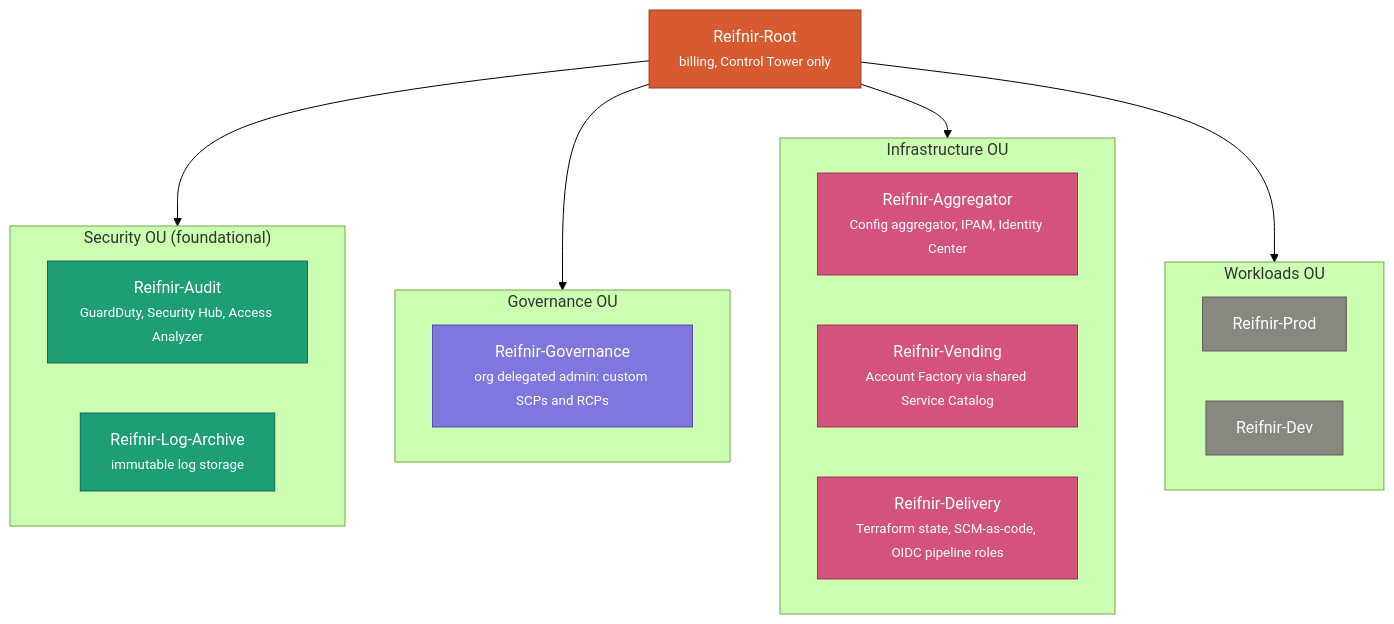
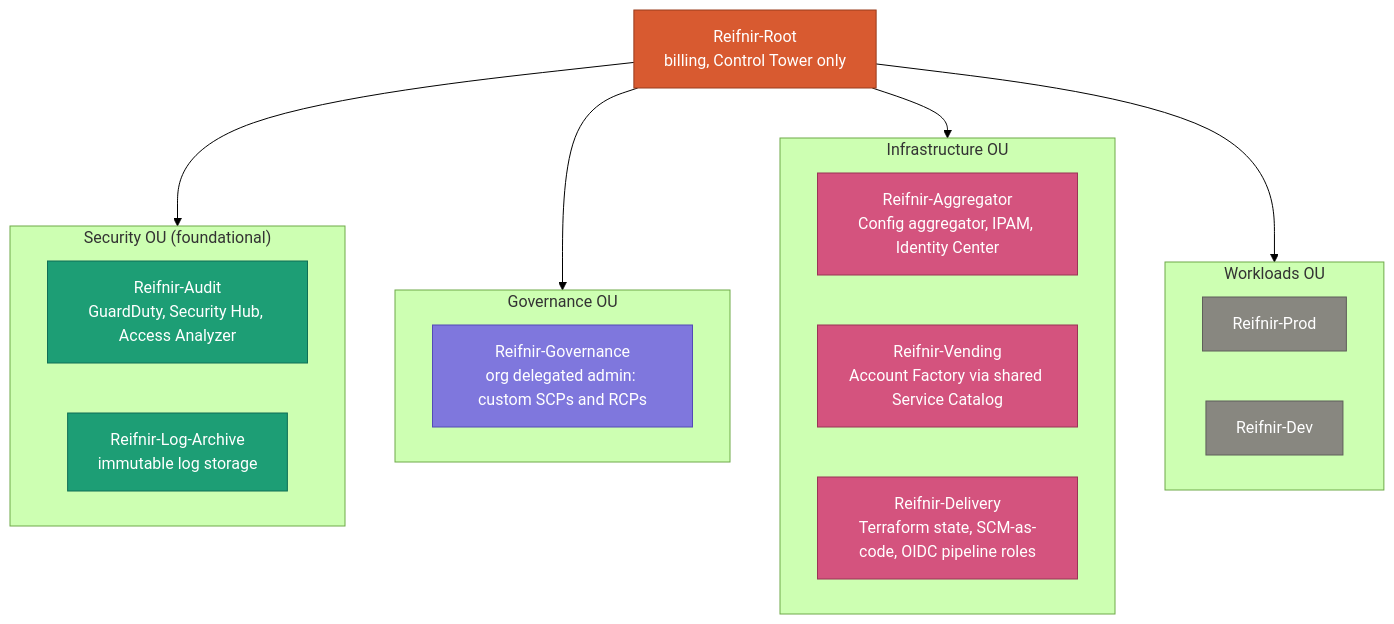
One commit to reifnir/iac-aws-organization-org-build-out changed the diagram in README.md. Above: the diagram before and after it, drawn with Mermaid (forest theme). The commit also changed other lines of this file, not shown here.

Commit message:
see if this fixes image on github

````diff
--- a/README.md
+++ b/README.md
@@ -19,41 +21,41 @@
 ```mermaid
 flowchart TD
-    Root["Reifnir-Root<br/><small>billing, Control Tower only</small>"]
+    Root["Reifnir-Root<br/>billing, Control Tower only"]
 
     subgraph SecOU["Security OU (foundational)"]
-        Audit["Reifnir-Audit<br/><small>GuardDuty, Security Hub, Access Analyzer</small>"]
-        LogArchive["Reifnir-Log-Archive<br/><small>immutable log storage</small>"]
+        Audit["Reifnir-Audit<br/>GuardDuty, Security Hub, Access Analyzer"]
+        LogArchive["Reifnir-Log-Archive<br/>immutable log storage"]
     end
 
     subgraph GovOU["Governance OU"]
-        Governance["Reifnir-Governance<br/><small>org delegated admin: custom SCPs and RCPs</small>"]
+        Governance["Reifnir-Governance<br/>org delegated admin: custom SCPs and RCPs"]
     end
 
     subgraph InfraOU["Infrastructure OU"]
-        Aggregator["Reifnir-Aggregator<br/><small>Config aggregator, IPAM, Identity Center</small>"]
-        Vending["Reifnir-Vending<br/><small>Account Factory via shared Service Catalog</small>"]
-        Delivery["Reifnir-Delivery<br/><small>Terraform state, SCM-as-code, OIDC pipeline roles</small>"]
+        Aggregator["Reifnir-Aggregator<br/>Config aggregator, IPAM, Identity Center"]
+        Vending["Reifnir-Vending<br/>Account Factory via shared Service Catalog"]
+        Delivery["Reifnir-Delivery<br/>Terraform state, SCM-as-code, OIDC pipeline roles"]
     end
 
     subgraph WorkOU["Workloads OU"]
         Prod["Reifnir-Prod"]
         Dev["Reifnir-Dev"]
     end
 
     Root --> SecOU
     Root --> GovOU
     Root --> InfraOU
     Root --> WorkOU
 
     classDef mgmt fill:#D85A30,stroke:#993C1D,color:#ffffff
     classDef detective fill:#1D9E75,stroke:#0F6E56,color:#ffffff
     classDef policy fill:#7F77DD,stroke:#534AB7,color:#ffffff
     classDef infra fill:#D4537E,stroke:#993556,color:#ffffff
     classDef workload fill:#888780,stroke:#5F5E5A,color:#ffffff
 
     class Root mgmt
     class Audit,LogArchive detective
     class Governance policy
     class Aggregator,Vending,Delivery infra
     class Prod,Dev workload
 ```
````
